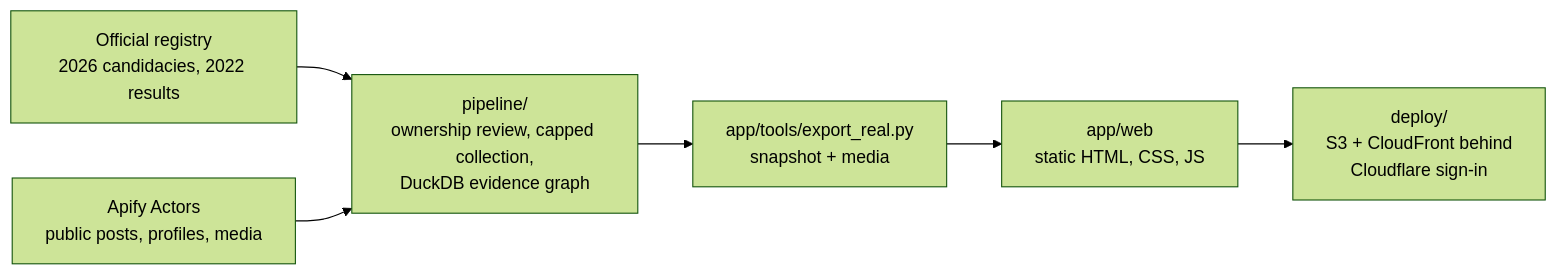
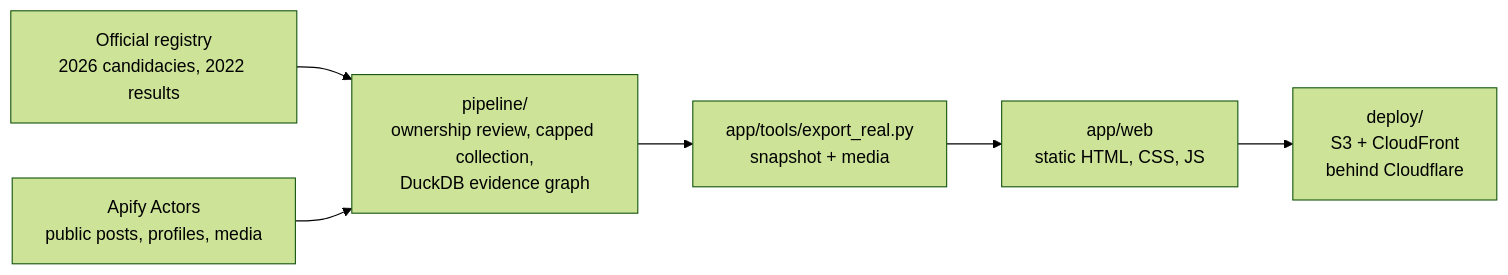
Before and after one commit to 1vecera/starwatch: the diagram in README.md, drawn with Mermaid (forest theme). The commit also changed other lines of this file and 29 other files, not shown here.

````diff
--- a/README.md
+++ b/README.md
@@ -37,8 +38,8 @@
 ```mermaid
 flowchart LR
   R["Official registry<br/>2026 candidacies, 2022 results"] --> P
   A["Apify Actors<br/>public posts, profiles, media"] --> P
   P["pipeline/<br/>ownership review, capped collection,<br/>DuckDB evidence graph"] --> E["app/tools/export_real.py<br/>snapshot + media"]
   E --> W["app/web<br/>static HTML, CSS, JS"]
-  W --> H["deploy/<br/>S3 + CloudFront behind<br/>Cloudflare sign-in"]
+  W --> H["deploy/<br/>S3 + CloudFront<br/>behind Cloudflare"]
 ```
````
